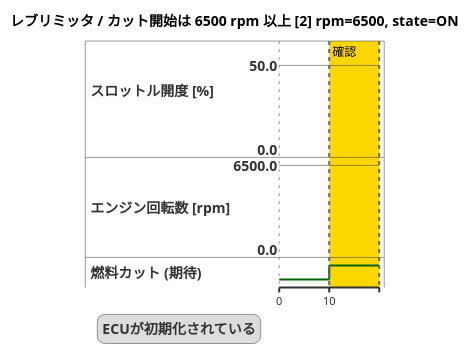
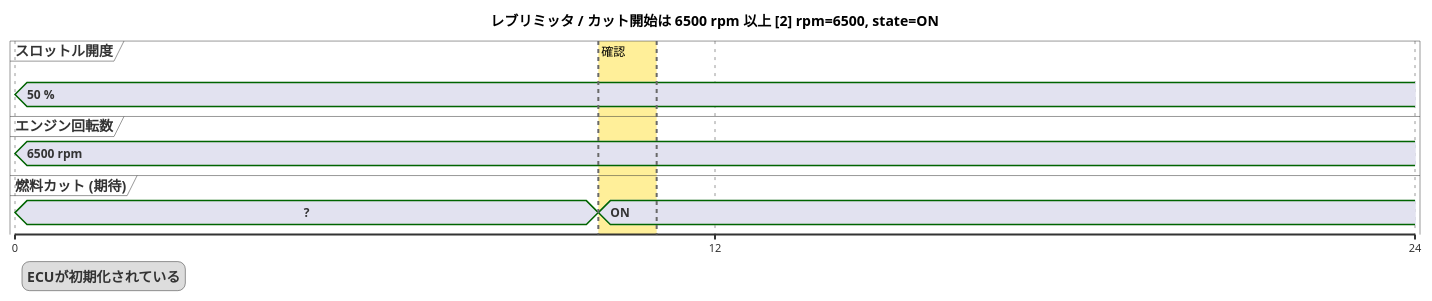
Before and after one commit to YitKubo/poc_bdd: the diagram in charts/rev_limiter/カット開始は_6500_rpm_以上_02.puml, drawn with PlantUML. The commit also changed 89 other files, not shown here.

```diff
--- a/charts/rev_limiter/カット開始は_6500_rpm_以上_02.puml
+++ b/charts/rev_limiter/カット開始は_6500_rpm_以上_02.puml
@@ -1,19 +1,20 @@
 @startuml
 skinparam defaultFontName IPAGothic
 title レブリミッタ / カット開始は 6500 rpm 以上 [2] rpm=6500, state=ON
+scale 12 as 700 pixels
 legend left
   ECUが初期化されている
 endlegend
-analog "スロットル開度 [%]" between 0 and 50 as s0
-analog "エンジン回転数 [rpm]" between 0 and 6500 as s1
-binary "燃料カット (期待)" as s2
+concise "スロットル開度" as s0
+concise "エンジン回転数" as s1
+concise "燃料カット (期待)" as s2
 
 @0
-s0 is 50
-s1 is 6500
+s0 is "50 %"
+s1 is "6500 rpm"
+s2 is "?"
 @10
-s0 is 50
-s1 is 6500
-s2 is high
-highlight 10 to 20 #Gold;line:DimGrey : 確認
+s2 is "ON"
+@12
+highlight 10 to 11 #FFD70066;line:DimGrey : 確認
 @enduml
```
